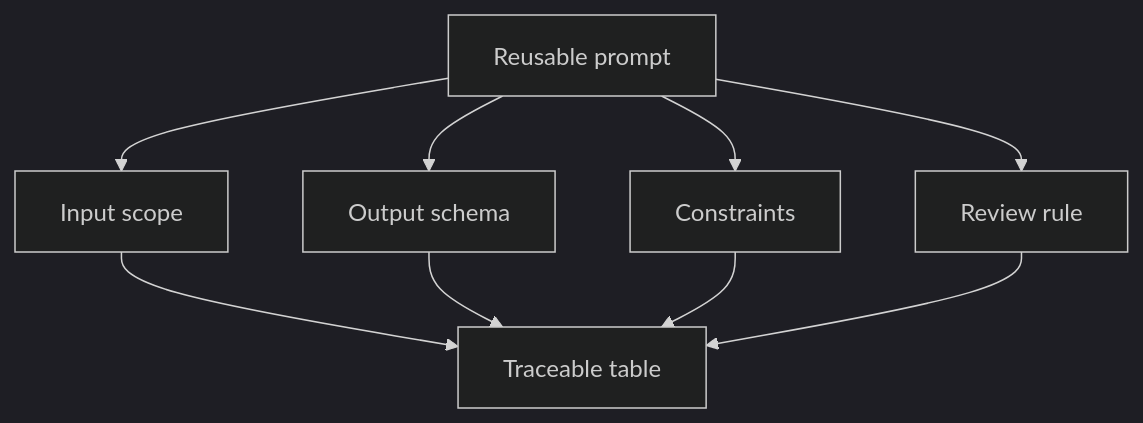
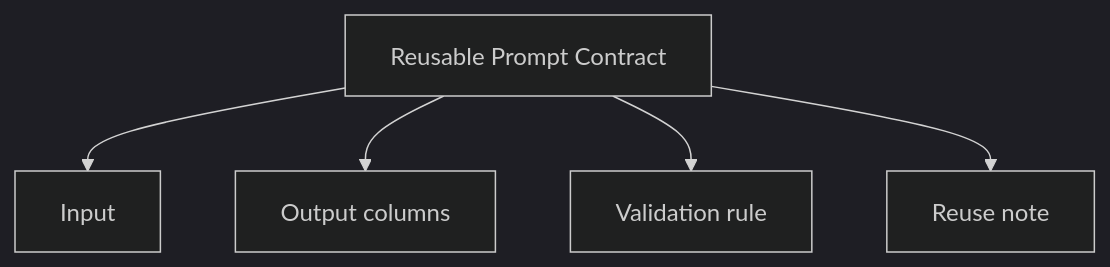
Before and after one commit to anhtnt90dev/ai-for-ba: the second of 2 diagrams in docs/en/lessons/structured-outputs-and-reusable-prompts/index.md, drawn with Mermaid (dark theme). The commit also changed other lines of this file and 40 other files, not shown here.

````diff
--- a/docs/en/lessons/structured-outputs-and-reusable-prompts/index.md
+++ b/docs/en/lessons/structured-outputs-and-reusable-prompts/index.md
@@ -68,11 +173,8 @@
 ```mermaid
 flowchart TD
-    A["Reusable prompt"] --> B["Input scope"]
-    A --> C["Output schema"]
-    A --> D["Constraints"]
-    A --> E["Review rule"]
-    B --> F["Traceable table"]
-    C --> F
-    D --> F
-    E --> F
+    A["Reusable Prompt Contract"]
+    A --> B["Input"]
+    A --> C["Output columns"]
+    A --> D["Validation rule"]
+    A --> E["Reuse note"]
 ```
````
